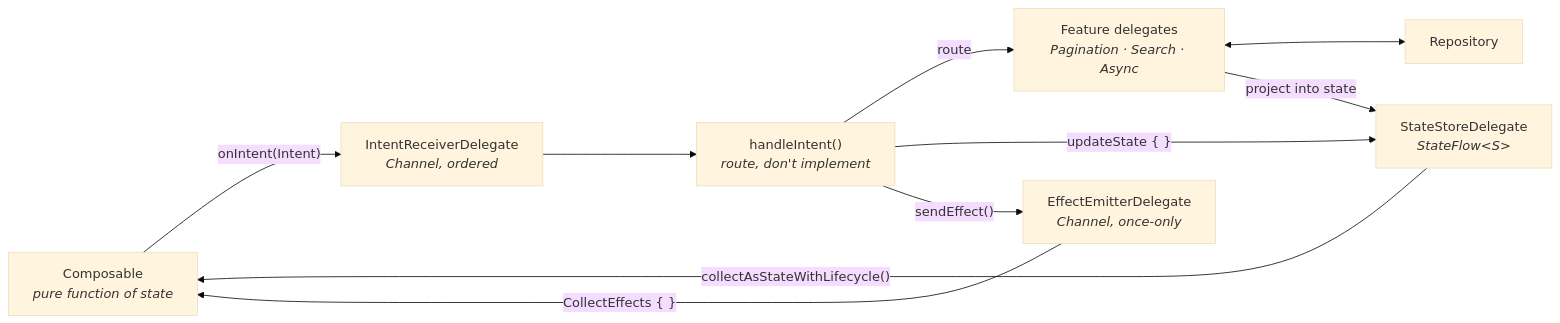
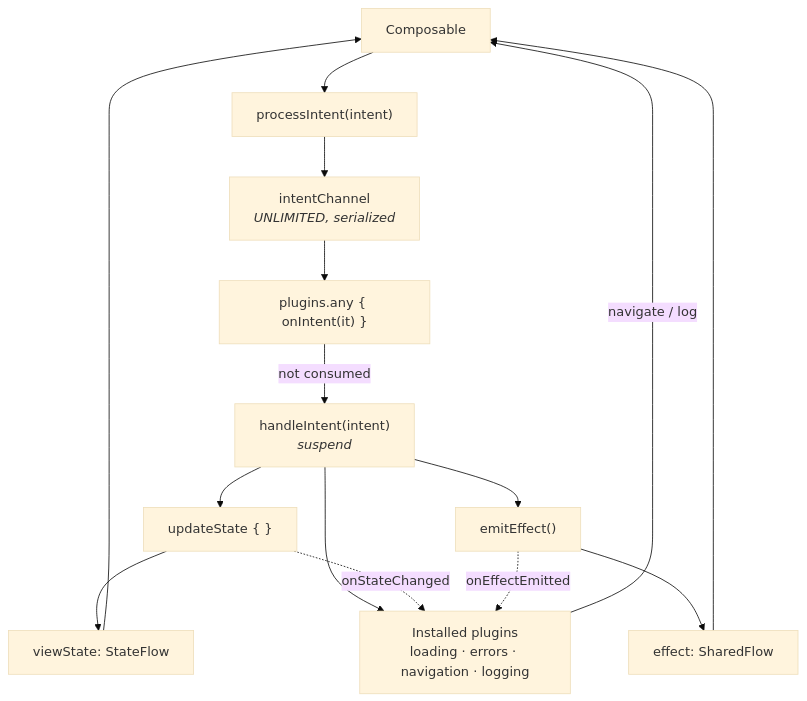
The diagram in README.md (Alinasser96/MVIdelg), drawn with Mermaid (base theme) before and after one commit. The commit also changed other lines of this file and 43 other files, not shown here.

First line of the commit message:
Rework around the plugin architecture

````diff
--- a/README.md
+++ b/README.md
@@ -75,20 +102,22 @@
 ```mermaid
-flowchart LR
-    UI["Composable<br/><i>pure function of state</i>"]
-    IR["IntentReceiverDelegate<br/><i>Channel, ordered</i>"]
-    H["handleIntent()<br/><i>route, don't implement</i>"]
-    D["Feature delegates<br/><i>Pagination · Search · Async</i>"]
-    SS["StateStoreDelegate<br/><i>StateFlow&lt;S&gt;</i>"]
-    EE["EffectEmitterDelegate<br/><i>Channel, once-only</i>"]
-    R["Repository"]
+flowchart TB
+    UI["Composable"]
+    PI["processIntent(intent)"]
+    CH["intentChannel<br/><i>UNLIMITED, serialized</i>"]
+    HOOK["plugins.any { onIntent(it) }"]
+    HI["handleIntent(intent)<br/><i>suspend</i>"]
+    US["updateState { }"]
+    EE["emitEffect()"]
+    VS["viewState: StateFlow"]
+    EF["effect: SharedFlow"]
+    PL["Installed plugins<br/>loading · errors · navigation · logging"]
 
-    UI -- "onIntent(Intent)" --> IR
-    IR --> H
-    H -- "route" --> D
-    H -- "updateState { }" --> SS
-    H -- "sendEffect()" --> EE
-    D <--> R
-    D -- "project into state" --> SS
-    SS -- "collectAsStateWithLifecycle()" --> UI
-    EE -- "CollectEffects { }" --> UI
+    UI --> PI --> CH --> HOOK
+    HOOK -- "not consumed" --> HI
+    HI --> US --> VS --> UI
+    HI --> EE --> EF --> UI
+    HI --> PL
+    US -. "onStateChanged" .-> PL
+    EE -. "onEffectEmitted" .-> PL
+    PL -- "navigate / log" --> UI
 ```
````
